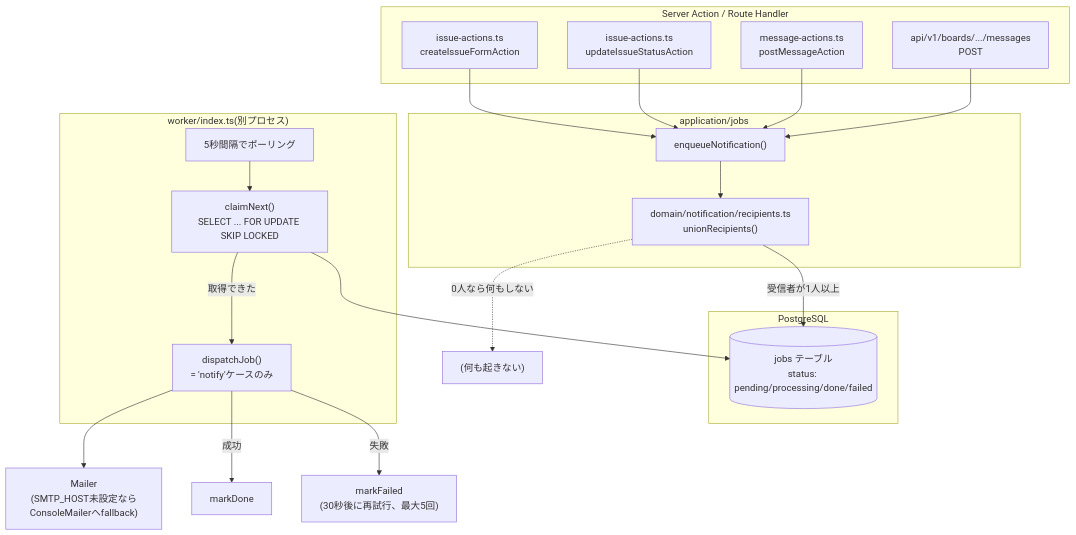
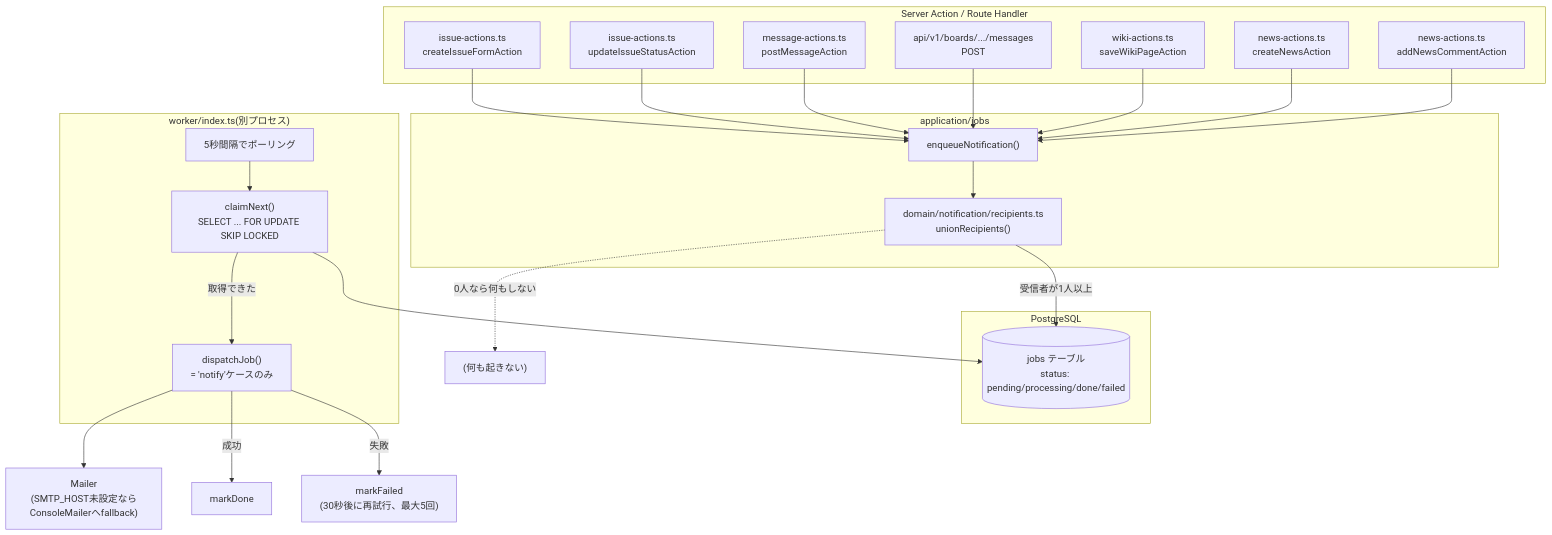
One commit to ip-san/next-pm changed the first of 4 diagrams in docs/design/notifications-and-jobs.md. Above: the diagram before and after it, drawn with Mermaid. The commit also changed other lines of this file and 5 other files, not shown here.

First line of the commit message:
Wire Wiki edits and News posts/comments into the notification pipeline

````diff
--- a/docs/design/notifications-and-jobs.md
+++ b/docs/design/notifications-and-jobs.md
@@ -7,37 +7,40 @@
 ```mermaid
 flowchart TB
     subgraph Actions["Server Action / Route Handler"]
         IssueCreate["issue-actions.ts<br/>createIssueFormAction"]
         IssueUpdate["issue-actions.ts<br/>updateIssueStatusAction"]
         MsgPost["message-actions.ts<br/>postMessageAction"]
         MsgApi["api/v1/boards/.../messages<br/>POST"]
+        WikiSave["wiki-actions.ts<br/>saveWikiPageAction"]
+        NewsCreate["news-actions.ts<br/>createNewsAction"]
+        NewsComment["news-actions.ts<br/>addNewsCommentAction"]
     end
 
     subgraph EnqueueLayer["application/jobs"]
         Enqueue["enqueueNotification()"]
         Union["domain/notification/recipients.ts<br/>unionRecipients()"]
     end
 
     subgraph DB["PostgreSQL"]
         Jobs[("jobs テーブル<br/>status: pending/processing/done/failed")]
     end
 
     subgraph Worker["worker/index.ts(別プロセス)"]
         Poll["5秒間隔でポーリング"]
         Claim["claimNext()<br/>SELECT ... FOR UPDATE SKIP LOCKED"]
         Dispatch["dispatchJob()<br/>= 'notify'ケースのみ"]
     end
 
     Mailer["Mailer<br/>(SMTP_HOST未設定ならConsoleMailerへfallback)"]
 
-    IssueCreate & IssueUpdate & MsgPost & MsgApi --> Enqueue
+    IssueCreate & IssueUpdate & MsgPost & MsgApi & WikiSave & NewsCreate & NewsComment --> Enqueue
     Enqueue --> Union
     Union -->|"受信者が1人以上"| Jobs
     Union -.->|"0人なら何もしない"| X["(何も起きない)"]
     Poll --> Claim
     Claim --> Jobs
     Claim -->|"取得できた"| Dispatch
     Dispatch --> Mailer
     Dispatch -->|成功| Done["markDone"]
     Dispatch -->|失敗| Retry["markFailed<br/>(30秒後に再試行、最大5回)"]
 ```
````
